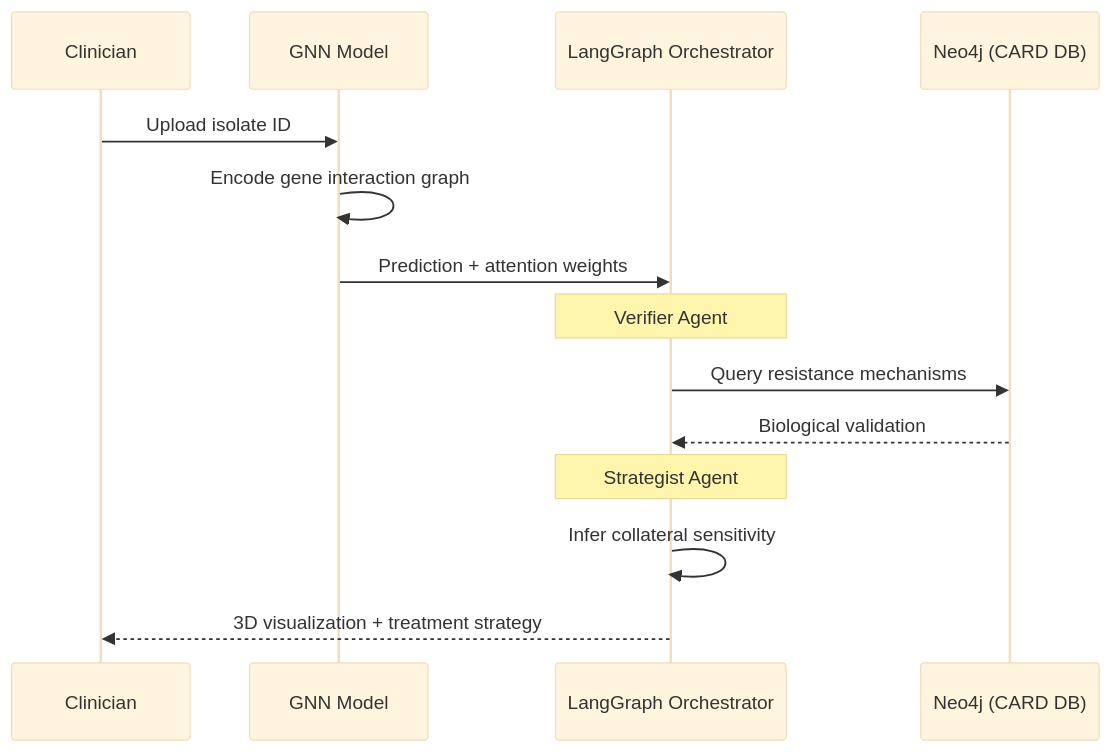
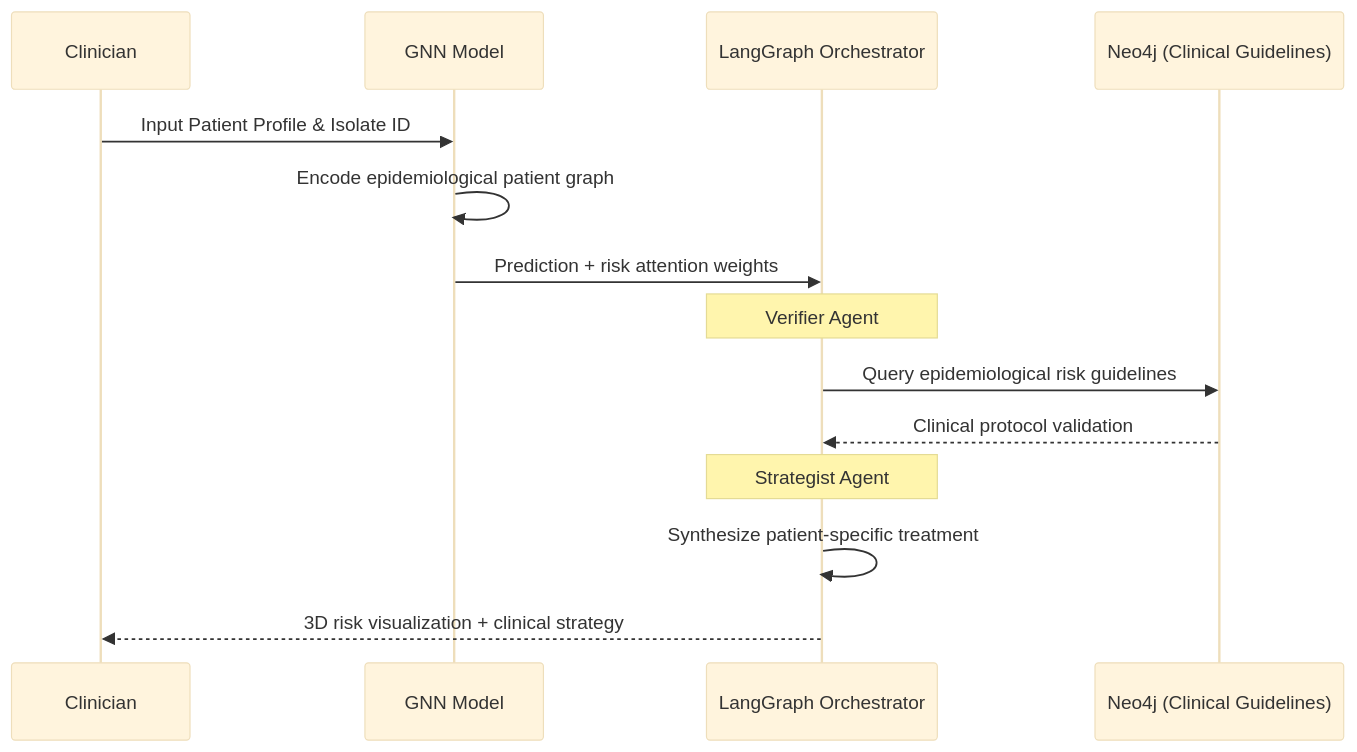
Before and after one commit to CodeR-6-9/Sentinel_GNN: the second of 2 diagrams in README.md, drawn with Mermaid (base theme). The commit also changed other lines of this file, not shown here.

First line of the commit message:
Revise README for clarity and focus on AMR prediction

````diff
--- a/README.md
+++ b/README.md
@@ -56,20 +56,20 @@
 ```mermaid
 sequenceDiagram
     participant U as Clinician
     participant G as GNN Model
     participant L as LangGraph Orchestrator
-    participant N as Neo4j (CARD DB)
+    participant N as Neo4j (Clinical Guidelines)
 
-    U->>G: Upload isolate ID
-    G->>G: Encode gene interaction graph
-    G->>L: Prediction + attention weights
+    U->>G: Input Patient Profile & Isolate ID
+    G->>G: Encode epidemiological patient graph
+    G->>L: Prediction + risk attention weights
 
     Note over L: Verifier Agent
-    L->>N: Query resistance mechanisms
-    N-->>L: Biological validation
+    L->>N: Query epidemiological risk guidelines
+    N-->>L: Clinical protocol validation
 
     Note over L: Strategist Agent
-    L->>L: Infer collateral sensitivity
+    L->>L: Synthesize patient-specific treatment
 
-    L-->>U: 3D visualization + treatment strategy
+    L-->>U: 3D risk visualization + clinical strategy
 ```
````
